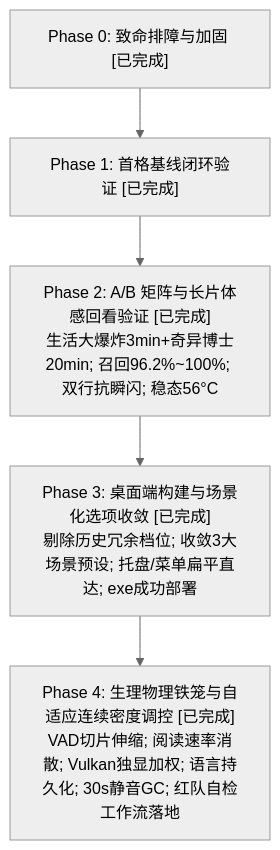
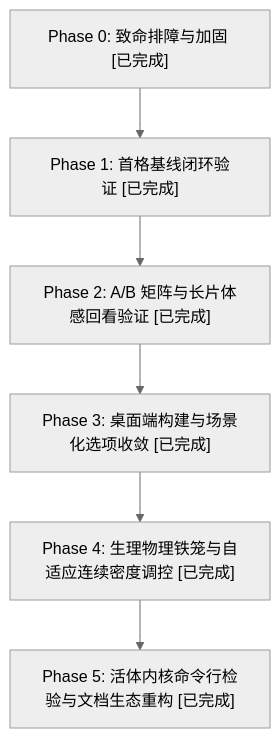
One commit to 2468-liu/translation changed the diagram in PLAN.md. Above: the diagram before and after it, drawn with Mermaid (neutral theme). The commit also changed other lines of this file and 5 other files, not shown here.

````diff
--- a/PLAN.md
+++ b/PLAN.md
@@ -8,7 +8,8 @@
 ```mermaid
 flowchart TD
     P0["Phase 0: 致命排障与加固 [已完成]"] --> P1["Phase 1: 首格基线闭环验证 [已完成]"]
-    P1 --> P2["Phase 2: A/B 矩阵与长片体感回看验证 [已完成]<br/>生活大爆炸3min+奇异博士20min; 召回96.2%~100%; 双行抗瞬闪; 稳态56°C"]
-    P2 --> P3["Phase 3: 桌面端构建与场景化选项收敛 [已完成]<br/>剔除历史冗余档位; 收敛3大场景预设; 托盘/菜单扁平直达; exe成功部署"]
-    P3 --> P4["Phase 4: 生理物理铁笼与自适应连续密度调控 [已完成]<br/>VAD切片伸缩; 阅读速率消散; Vulkan独显加权; 语言持久化; 30s静音GC; 红队自检工作流落地"]
+    P1 --> P2["Phase 2: A/B 矩阵与长片体感回看验证 [已完成]"]
+    P2 --> P3["Phase 3: 桌面端构建与场景化选项收敛 [已完成]"]
+    P3 --> P4["Phase 4: 生理物理铁笼与自适应连续密度调控 [已完成]"]
+    P4 --> P5["Phase 5: 活体内核命令行检验与文档生态重构 [已完成]"]
 ```
````
